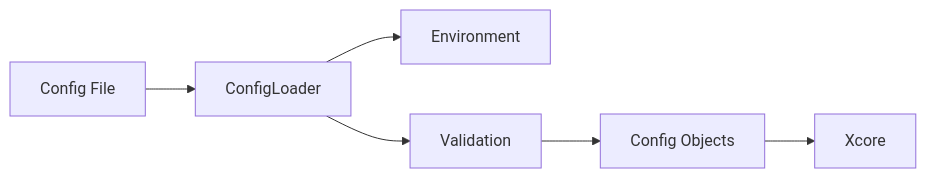
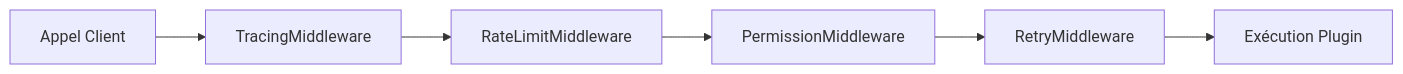
The first of 2 diagrams in doc/architecture/overview.md (traoreera/xcore), drawn with Mermaid before and after one commit. The commit also changed other lines of this file and 19 other files, not shown here.

````diff
--- a/doc/architecture/overview.md
+++ b/doc/architecture/overview.md
@@ -152,8 +19,8 @@
 ```mermaid
-flowchart LR
-    A[Config File] --> B[ConfigLoader]
-    B --> C[Environment]
-    B --> D[Validation]
-    D --> E[Config Objects]
-    E --> F[Xcore]
+graph LR
+    Call[Appel Client] --> M1[TracingMiddleware]
+    M1 --> M2[RateLimitMiddleware]
+    M2 --> M3[PermissionMiddleware]
+    M3 --> M4[RetryMiddleware]
+    M4 --> Exec[Exécution Plugin]
 ```
````
